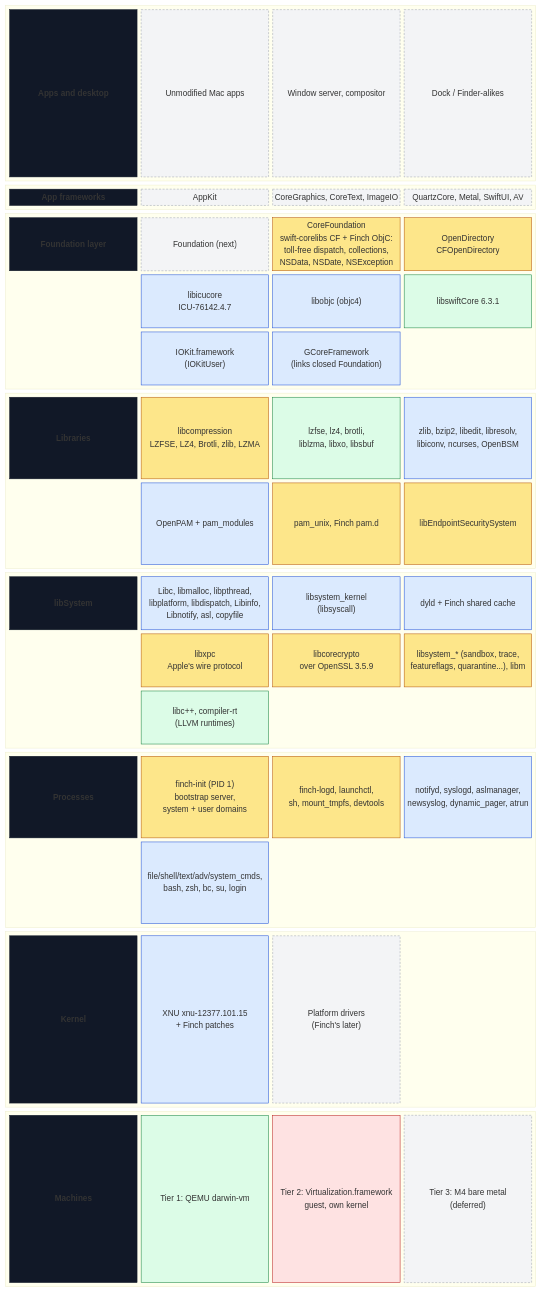
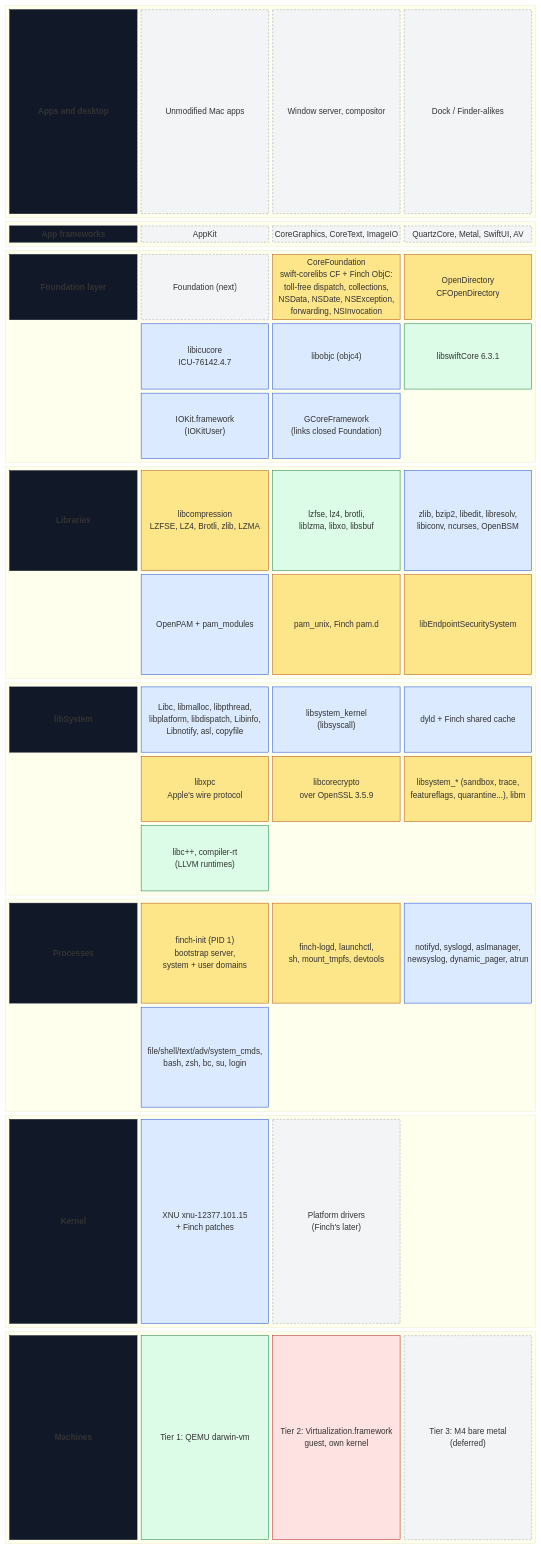
Before and after one commit to calebtrueman/finch: the first of 2 diagrams in docs/STACK.md, drawn with Mermaid. The commit also changed other lines of this file and 9 other files, not shown here.

First line of the commit message:
CoreFoundation: message forwarding, NSInvocation, NSMethodSignature

```diff
--- a/docs/STACK.md
+++ b/docs/STACK.md
@@ -31,7 +31,7 @@
         columns 4
         t5["Foundation layer"]
         foundation["Foundation (next)"]
-        cf["CoreFoundation<br/>swift-corelibs CF + Finch ObjC:<br/>toll-free dispatch, collections,<br/>NSData, NSDate, NSException"]
+        cf["CoreFoundation<br/>swift-corelibs CF + Finch ObjC:<br/>toll-free dispatch, collections,<br/>NSData, NSDate, NSException,<br/>forwarding, NSInvocation"]
         od["OpenDirectory<br/>CFOpenDirectory"]
         space5[" "]
         icu["libicucore<br/>ICU-76142.4.7"]
```
